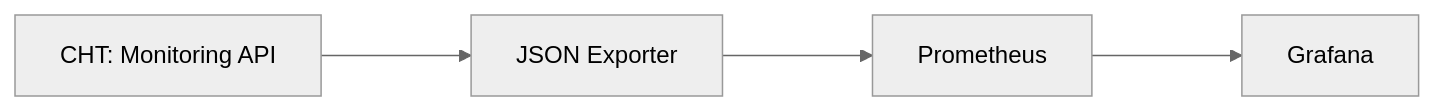
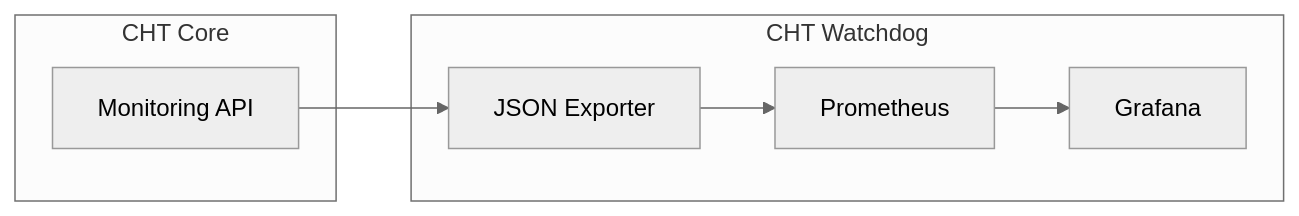
Before and after one commit to medic/cht-docs: the first of 2 diagrams in content/en/apps/guides/hosting/monitoring/integration.md, drawn with Mermaid (neutral theme). The commit also changed other lines of this file, not shown here.

Commit message:
update charts to have subgraphs, re-order steps

````diff
--- a/content/en/apps/guides/hosting/monitoring/integration.md
+++ b/content/en/apps/guides/hosting/monitoring/integration.md
@@ -21,6 +21,14 @@
 ```mermaid
-graph LR;
-    cht[CHT: Monitoring API]--->json[JSON Exporter];
-    json--->Prometheus;
-    Prometheus--->Grafana;
+flowchart LR
+
+subgraph core[CHT Core]
+  mon_api["Monitoring API"]:::client_node
+end
+
+subgraph watchdog[CHT Watchdog]
+    json[JSON Exporter] --> Prometheus
+    Prometheus --> Grafana
+end
+
+mon_api  --> json
 ```
````
